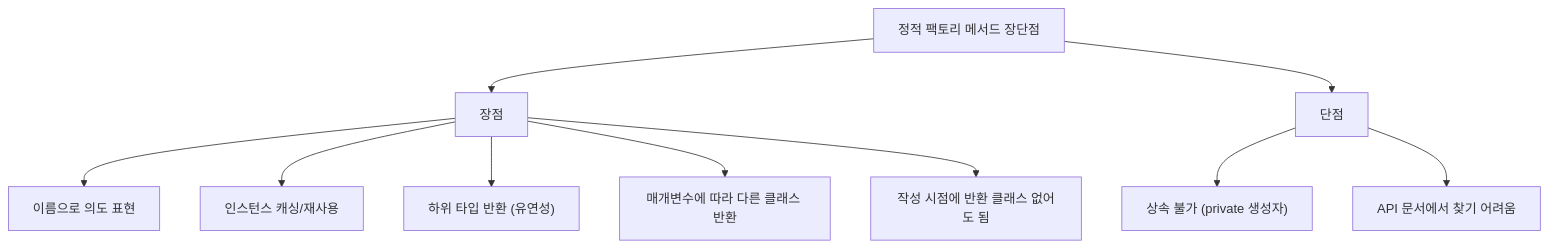
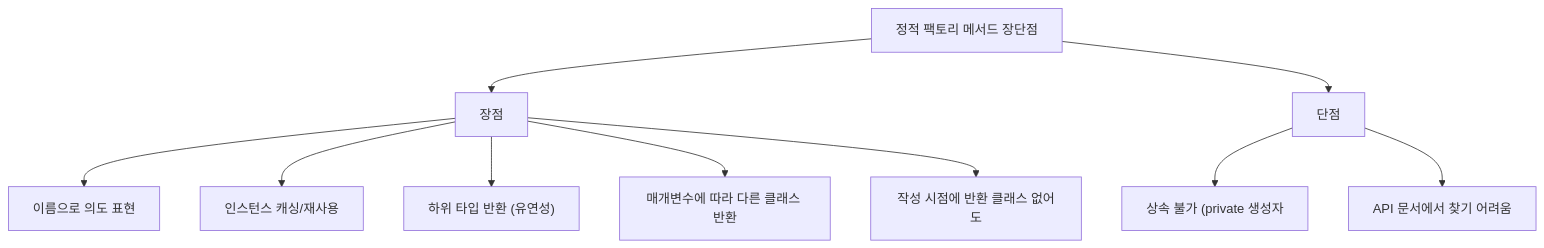
The third of 3 diagrams in _posts/java/2021-12-13-effective-java1.md (yjkim2015/yjkim2015.github.io), drawn with Mermaid before and after one commit. The commit also changed other lines of this file and 271 other files, not shown here.

First line of the commit message:
Mermaid 라벨 축소: 긴 노드 텍스트 18자 이하로 트림 + \n 제거

````diff
--- a/_posts/java/2021-12-13-effective-java1.md
+++ b/_posts/java/2021-12-13-effective-java1.md
@@ -213,12 +213,12 @@
 ```mermaid
 graph TD
     A["정적 팩토리 메서드 장단점"] --> B["장점"]
     A --> C["단점"]
     B --> B1["이름으로 의도 표현"]
     B --> B2["인스턴스 캐싱/재사용"]
     B --> B3["하위 타입 반환 (유연성)"]
     B --> B4["매개변수에 따라 다른 클래스 반환"]
-    B --> B5["작성 시점에 반환 클래스 없어도 됨"]
-    C --> C1["상속 불가 (private 생성자)"]
+    B --> B5["작성 시점에 반환 클래스 없어도"]
+    C --> C1["상속 불가 (private 생성자"]
     C --> C2["API 문서에서 찾기 어려움"]
 ```
````
